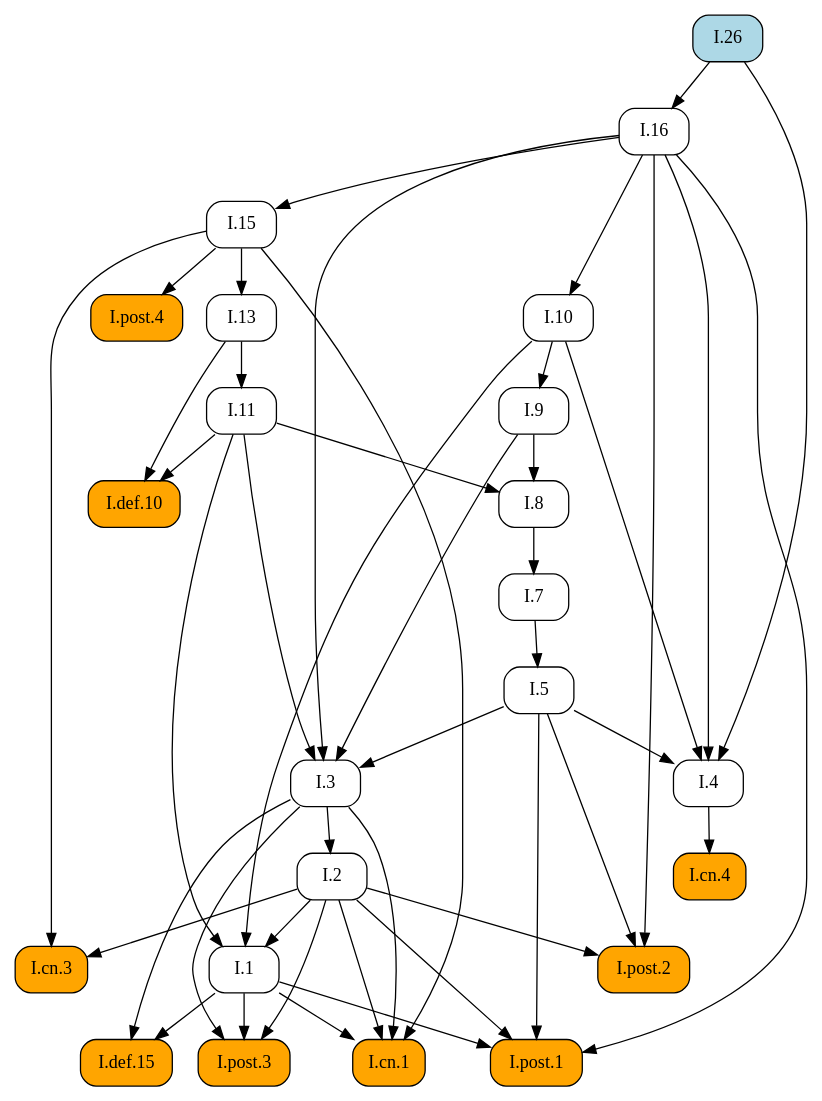
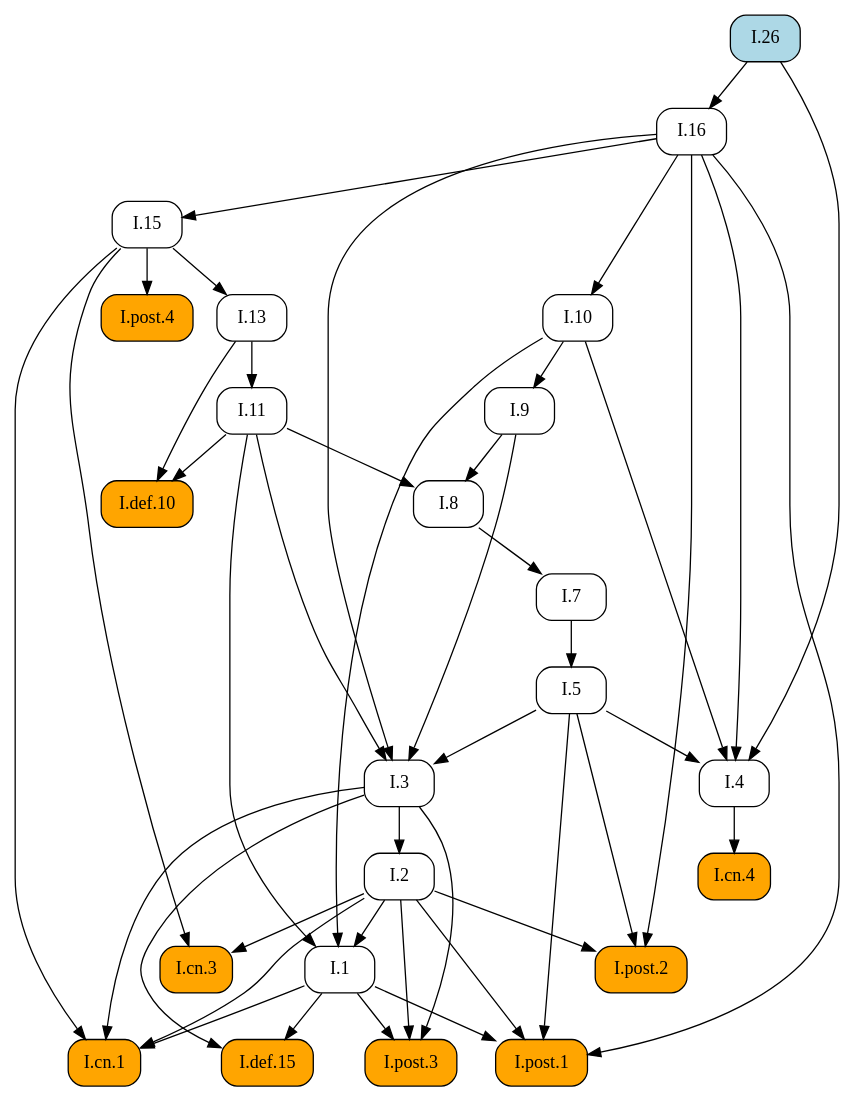
One commit to geometor/elements changed the diagram in docsrc/elements2/I/26/index.rst. Above: the diagram before and after it, drawn with Graphviz. The commit also changed other lines of this file and 409 other files, not shown here.

First line of the commit message:
feat: Add image cropping and graphic extraction script

```diff
--- a/docsrc/elements2/I/26/index.rst
+++ b/docsrc/elements2/I/26/index.rst
@@ -86,73 +86,73 @@
 .. graphviz::
 
    digraph {
      rankdir="TB";
      node [shape=box, style=rounded];
+     "I.def.15" [style="rounded,filled", fillcolor=orange, URL="/elements2/I/def.15/", target="_top"];
+     "I.def.10" [style="rounded,filled", fillcolor=orange, URL="/elements2/I/def.10/", target="_top"];
+     "I.11" [URL="/elements2/I/11/", target="_top"];
      "I.8" [URL="/elements2/I/8/", target="_top"];
+     "I.15" [URL="/elements2/I/15/", target="_top"];
+     "I.5" [URL="/elements2/I/5/", target="_top"];
+     "I.3" [URL="/elements2/I/3/", target="_top"];
+     "I.10" [URL="/elements2/I/10/", target="_top"];
+     "I.cn.3" [style="rounded,filled", fillcolor=orange, URL="/elements2/I/cn.3/", target="_top"];
+     "I.cn.1" [style="rounded,filled", fillcolor=orange, URL="/elements2/I/cn.1/", target="_top"];
+     "I.13" [URL="/elements2/I/13/", target="_top"];
+     "I.26" [style="rounded,filled", fillcolor=lightblue, URL="/elements2/I/26/", target="_top"];
+     "I.post.3" [style="rounded,filled", fillcolor=orange, URL="/elements2/I/post.3/", target="_top"];
+     "I.4" [URL="/elements2/I/4/", target="_top"];
+     "I.7" [URL="/elements2/I/7/", target="_top"];
+     "I.9" [URL="/elements2/I/9/", target="_top"];
+     "I.16" [URL="/elements2/I/16/", target="_top"];
+     "I.post.1" [style="rounded,filled", fillcolor=orange, URL="/elements2/I/post.1/", target="_top"];
+     "I.2" [URL="/elements2/I/2/", target="_top"];
+     "I.cn.4" [style="rounded,filled", fillcolor=orange, URL="/elements2/I/cn.4/", target="_top"];
+     "I.post.4" [style="rounded,filled", fillcolor=orange, URL="/elements2/I/post.4/", target="_top"];
      "I.1" [URL="/elements2/I/1/", target="_top"];
-     "I.cn.4" [style="rounded,filled", fillcolor=orange, URL="/elements2/I/cn.4/", target="_top"];
-     "I.cn.3" [style="rounded,filled", fillcolor=orange, URL="/elements2/I/cn.3/", target="_top"];
-     "I.7" [URL="/elements2/I/7/", target="_top"];
-     "I.26" [style="rounded,filled", fillcolor=lightblue, URL="/elements2/I/26/", target="_top"];
-     "I.post.1" [style="rounded,filled", fillcolor=orange, URL="/elements2/I/post.1/", target="_top"];
-     "I.9" [URL="/elements2/I/9/", target="_top"];
-     "I.5" [URL="/elements2/I/5/", target="_top"];
-     "I.cn.1" [style="rounded,filled", fillcolor=orange, URL="/elements2/I/cn.1/", target="_top"];
-     "I.post.4" [style="rounded,filled", fillcolor=orange, URL="/elements2/I/post.4/", target="_top"];
-     "I.def.10" [style="rounded,filled", fillcolor=orange, URL="/elements2/I/def.10/", target="_top"];
-     "I.16" [URL="/elements2/I/16/", target="_top"];
-     "I.13" [URL="/elements2/I/13/", target="_top"];
-     "I.2" [URL="/elements2/I/2/", target="_top"];
-     "I.def.15" [style="rounded,filled", fillcolor=orange, URL="/elements2/I/def.15/", target="_top"];
-     "I.4" [URL="/elements2/I/4/", target="_top"];
-     "I.11" [URL="/elements2/I/11/", target="_top"];
-     "I.10" [URL="/elements2/I/10/", target="_top"];
-     "I.15" [URL="/elements2/I/15/", target="_top"];
-     "I.3" [URL="/elements2/I/3/", target="_top"];
      "I.post.2" [style="rounded,filled", fillcolor=orange, URL="/elements2/I/post.2/", target="_top"];
-     "I.post.3" [style="rounded,filled", fillcolor=orange, URL="/elements2/I/post.3/", target="_top"];
+     "I.1" -> "I.def.15";
+     "I.3" -> "I.def.15";
+     "I.11" -> "I.def.10";
+     "I.13" -> "I.def.10";
+     "I.13" -> "I.11";
      "I.9" -> "I.8";
      "I.11" -> "I.8";
-     "I.2" -> "I.1";
-     "I.10" -> "I.1";
-     "I.11" -> "I.1";
-     "I.4" -> "I.cn.4";
+     "I.16" -> "I.15";
+     "I.7" -> "I.5";
+     "I.5" -> "I.3";
+     "I.9" -> "I.3";
+     "I.11" -> "I.3";
+     "I.16" -> "I.3";
+     "I.16" -> "I.10";
      "I.2" -> "I.cn.3";
      "I.15" -> "I.cn.3";
+     "I.1" -> "I.cn.1";
+     "I.2" -> "I.cn.1";
+     "I.3" -> "I.cn.1";
+     "I.15" -> "I.cn.1";
+     "I.15" -> "I.13";
+     "I.1" -> "I.post.3";
+     "I.2" -> "I.post.3";
+     "I.3" -> "I.post.3";
+     "I.5" -> "I.4";
+     "I.10" -> "I.4";
+     "I.16" -> "I.4";
+     "I.26" -> "I.4";
      "I.8" -> "I.7";
+     "I.10" -> "I.9";
+     "I.26" -> "I.16";
      "I.1" -> "I.post.1";
      "I.2" -> "I.post.1";
      "I.5" -> "I.post.1";
      "I.16" -> "I.post.1";
-     "I.10" -> "I.9";
-     "I.7" -> "I.5";
-     "I.1" -> "I.cn.1";
-     "I.2" -> "I.cn.1";
-     "I.3" -> "I.cn.1";
-     "I.15" -> "I.cn.1";
+     "I.3" -> "I.2";
+     "I.4" -> "I.cn.4";
      "I.15" -> "I.post.4";
-     "I.11" -> "I.def.10";
-     "I.13" -> "I.def.10";
-     "I.26" -> "I.16";
-     "I.15" -> "I.13";
-     "I.3" -> "I.2";
-     "I.1" -> "I.def.15";
-     "I.3" -> "I.def.15";
-     "I.5" -> "I.4";
-     "I.10" -> "I.4";
-     "I.16" -> "I.4";
-     "I.26" -> "I.4";
-     "I.13" -> "I.11";
-     "I.16" -> "I.10";
-     "I.16" -> "I.15";
-     "I.5" -> "I.3";
-     "I.9" -> "I.3";
-     "I.11" -> "I.3";
-     "I.16" -> "I.3";
+     "I.2" -> "I.1";
+     "I.10" -> "I.1";
+     "I.11" -> "I.1";
      "I.2" -> "I.post.2";
      "I.5" -> "I.post.2";
      "I.16" -> "I.post.2";
-     "I.1" -> "I.post.3";
-     "I.2" -> "I.post.3";
-     "I.3" -> "I.post.3";
    }
```
